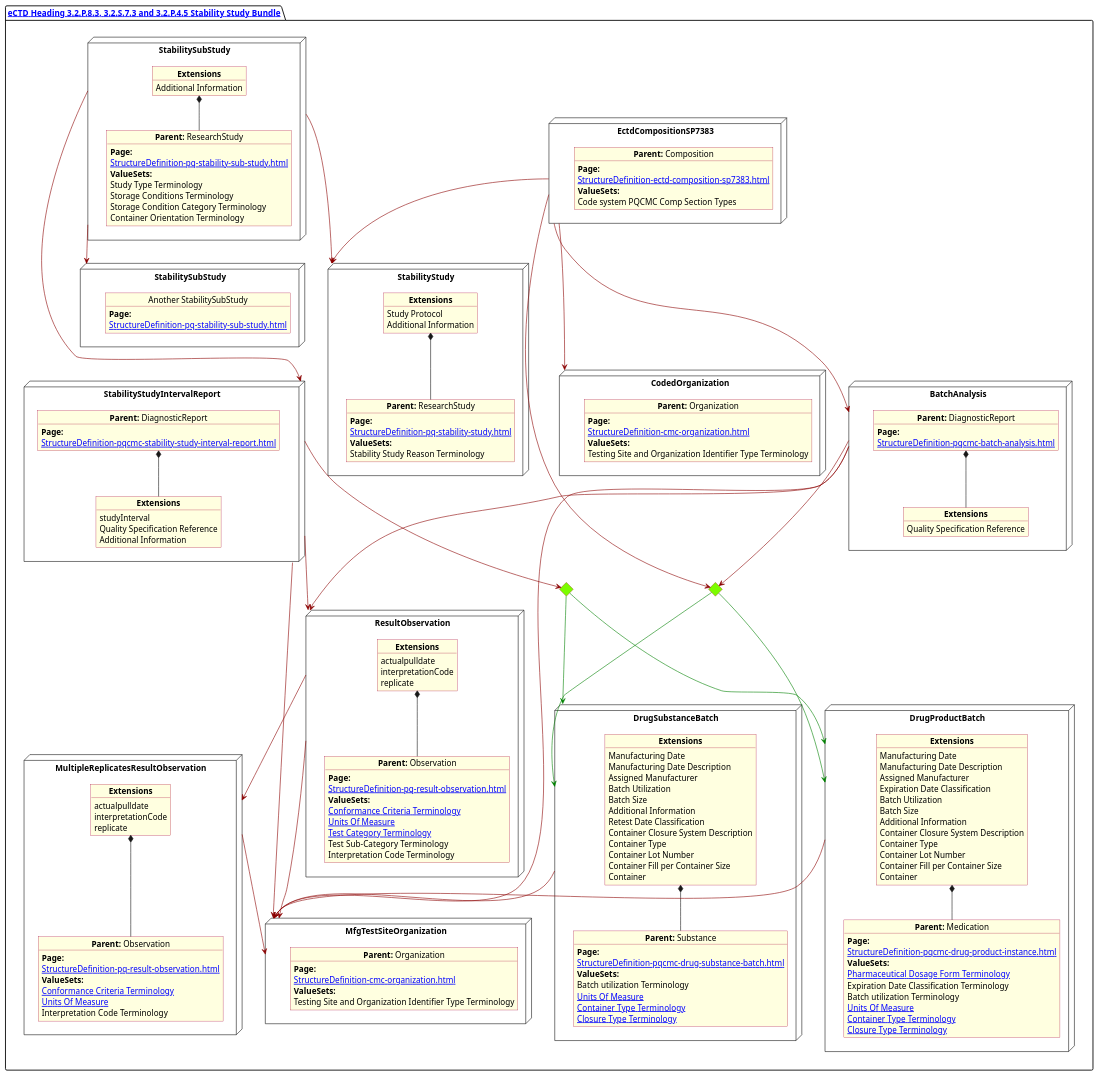
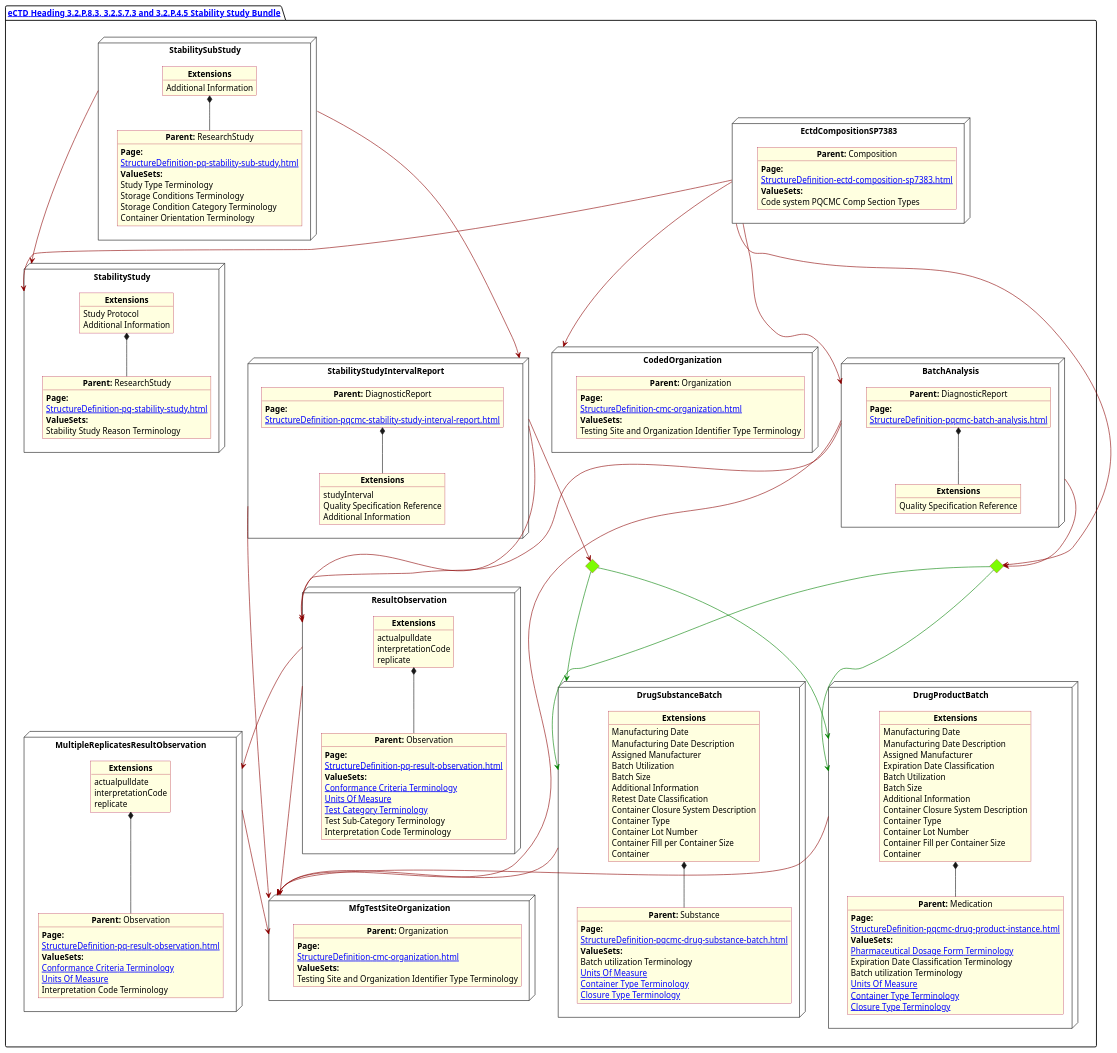
Before and after one commit to HL7/FHIR-us-pq-cmc-fda: the diagram in input/images-source/Stability.plantuml, drawn with PlantUML. The commit also changed 1 other file, not shown here.

Commit message:
layout diagram changes

```diff
--- a/input/images-source/Stability.plantuml
+++ b/input/images-source/Stability.plantuml
@@ -10,6 +10,15 @@
 
 package "[[StructureDefinition-cmc-ectd-document-sp7383.html eCTD Heading 3.2.P.8.3, 3.2.S.7.3 and 3.2.P.4.5 Stability Study Bundle]]" as NODES {
 
+       node "CodedOrganization" as NSO {
+
+              object "**Parent:** Organization" as objAu {
+                     **Page:**
+                     [[StructureDefinition-cmc-organization.html]]
+                     **ValueSets:**
+                     Testing Site and Organization Identifier Type Terminology
+              }
+       }
        node "EctdCompositionSP7383" as N1 {
 
               object "**Parent:** Composition" as obj1 {
@@ -19,46 +28,7 @@
                      Code system PQCMC Comp Section Types
               }
        }
-       node "CodedOrganization" as NSO {
 
-              object "**Parent:** Organization" as objAu {
-                     **Page:**
-                     [[StructureDefinition-cmc-organization.html]]
-                     **ValueSets:**
-                     Testing Site and Organization Identifier Type Terminology
-              }
-       }
-
-       node "DrugProductBatch" as NN {
-
-              object "**Parent:** Medication" as obj3 {
-                     **Page:**
-                     [[StructureDefinition-pqcmc-drug-product-instance.html]]
-                     **ValueSets:**
-                     [[ValueSet-spl-pharmaceutical-dosage-form-terminology.html Pharmaceutical Dosage Form Terminology]]
-                     Expiration Date Classification Terminology
-                     Batch utilization Terminology
-                     [[ValueSet-pqcmc-units-of-measure.html Units Of Measure]]
-                     [[ValueSet-pqcmc-container-type-terminology.html Container Type Terminology]]
-                     [[ValueSet-pqcmc-closure-type-terminology.html Closure Type Terminology]]
-              }
-
-              object "**Extensions**" as objExsBatch  {
-                     Manufacturing Date
-                     Manufacturing Date Description
-                     Assigned Manufacturer
-                     Expiration Date Classification
-                     Batch Utilization
-                     Batch Size
-                     Additional Information
-                     Container Closure System Description
-                     Container Type
-                     Container Lot Number
-                     Container Fill per Container Size
-                     Container
-              }
-              objExsBatch *-- obj3
-       }
        node "BatchAnalysis" as N2 {
 
               object "**Parent:** DiagnosticReport" as obj2 {
@@ -105,18 +75,39 @@
               objExsMain *-- objMain
        }
 
-       node "StabilitySubStudy" as NSub2 {
-
-              object "Another StabilitySubStudy" as objSub2 {
-                     **Page:**
-                     [[StructureDefinition-pq-stability-sub-study.html]]
-
-              }
-       }
        diamond CH
 
        diamond CH3
+       node "DrugProductBatch" as NN {
 
+              object "**Parent:** Medication" as obj3 {
+                     **Page:**
+                     [[StructureDefinition-pqcmc-drug-product-instance.html]]
+                     **ValueSets:**
+                     [[ValueSet-spl-pharmaceutical-dosage-form-terminology.html Pharmaceutical Dosage Form Terminology]]
+                     Expiration Date Classification Terminology
+                     Batch utilization Terminology
+                     [[ValueSet-pqcmc-units-of-measure.html Units Of Measure]]
+                     [[ValueSet-pqcmc-container-type-terminology.html Container Type Terminology]]
+                     [[ValueSet-pqcmc-closure-type-terminology.html Closure Type Terminology]]
+              }
+
+              object "**Extensions**" as objExsBatch  {
+                     Manufacturing Date
+                     Manufacturing Date Description
+                     Assigned Manufacturer
+                     Expiration Date Classification
+                     Batch Utilization
+                     Batch Size
+                     Additional Information
+                     Container Closure System Description
+                     Container Type
+                     Container Lot Number
+                     Container Fill per Container Size
+                     Container
+              }
+              objExsBatch *-- obj3
+       }
        node "DrugSubstanceBatch" as NNS {
 
               object "**Parent:** Substance" as obj4 {
@@ -233,7 +224,6 @@
        NNstage -[#darkred]-> NMFG
        NSub -[#darkred]-> Ninterval
        N1 -[#darkred]-> NMain
-       NSub -[#darkred]--> NSub2
        NSub -[#darkred]--> NMain
 }
 @enduml
```
